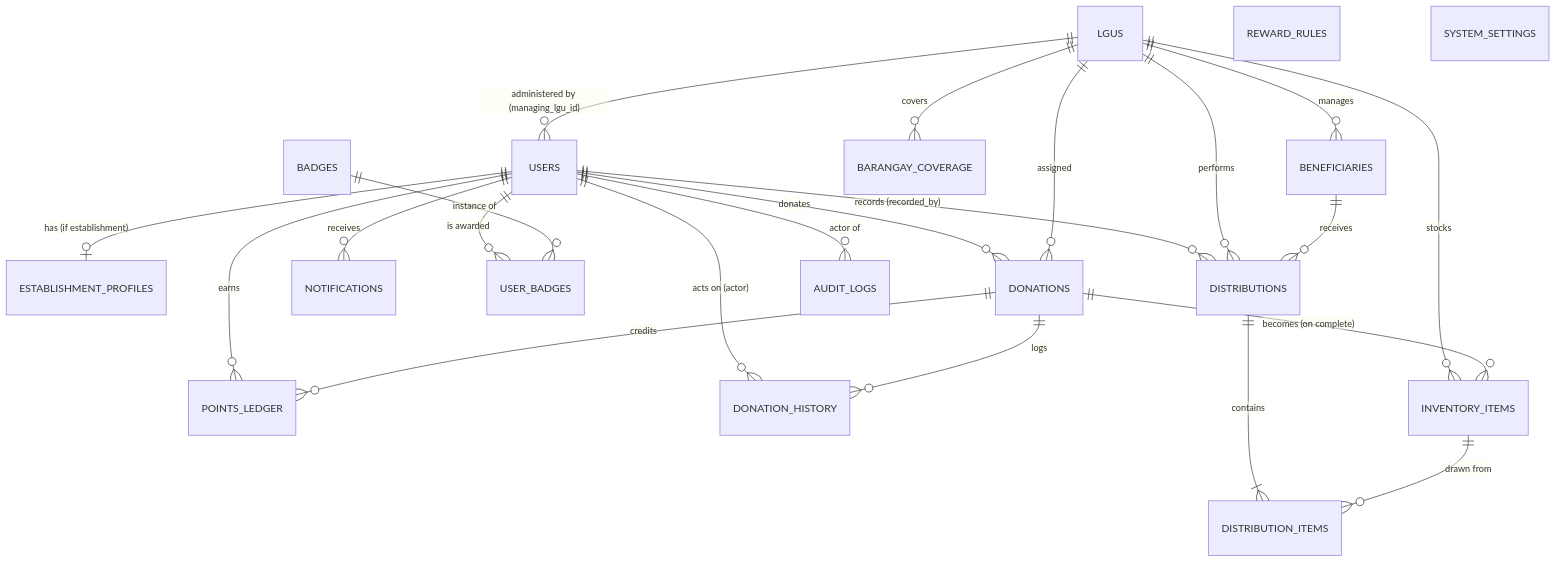
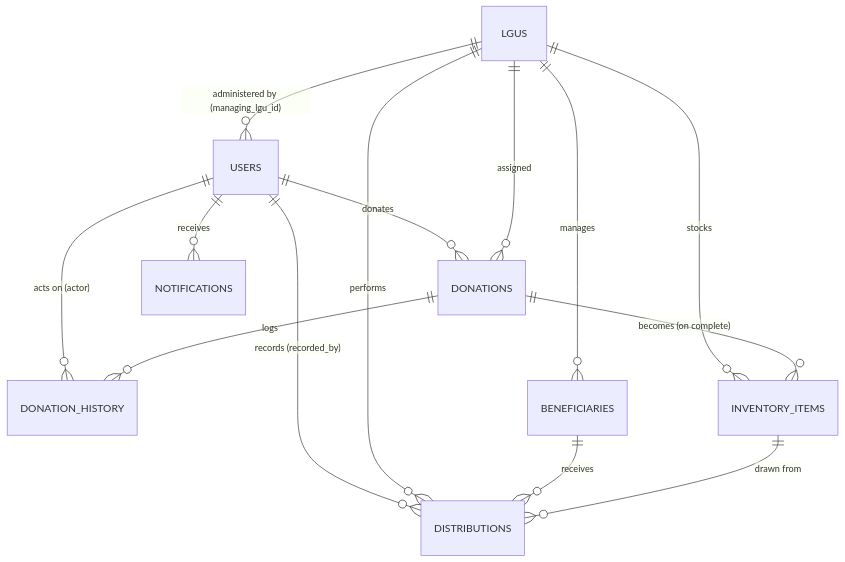
One commit to apotato369550/res-q-bites-backend changed the diagram in ENTITY_RELATIONSHIPS.md. Above: the diagram before and after it, drawn with Mermaid. The commit also changed other lines of this file and 4 other files, not shown here.

````diff
--- a/ENTITY_RELATIONSHIPS.md
+++ b/ENTITY_RELATIONSHIPS.md
@@ -55,31 +51,19 @@
 ```mermaid
 erDiagram
-    USERS ||--o| ESTABLISHMENT_PROFILES : "has (if establishment)"
     USERS ||--o{ DONATIONS : "donates"
     USERS ||--o{ NOTIFICATIONS : "receives"
-    USERS ||--o{ POINTS_LEDGER : "earns"
-    USERS ||--o{ USER_BADGES : "is awarded"
     USERS ||--o{ DONATION_HISTORY : "acts on (actor)"
     USERS ||--o{ DISTRIBUTIONS : "records (recorded_by)"
-    USERS ||--o{ AUDIT_LOGS : "actor of"
     LGUS  ||--o{ USERS : "administered by (managing_lgu_id)"
 
     LGUS ||--o{ DONATIONS : "assigned"
     LGUS ||--o{ INVENTORY_ITEMS : "stocks"
     LGUS ||--o{ BENEFICIARIES : "manages"
     LGUS ||--o{ DISTRIBUTIONS : "performs"
-    LGUS ||--o{ BARANGAY_COVERAGE : "covers"
 
     DONATIONS ||--o{ DONATION_HISTORY : "logs"
     DONATIONS ||--o{ INVENTORY_ITEMS : "becomes (on complete)"
-    DONATIONS ||--o{ POINTS_LEDGER : "credits"
 
     BENEFICIARIES ||--o{ DISTRIBUTIONS : "receives"
-    DISTRIBUTIONS ||--|{ DISTRIBUTION_ITEMS : "contains"
-    INVENTORY_ITEMS ||--o{ DISTRIBUTION_ITEMS : "drawn from"
-
-    BADGES ||--o{ USER_BADGES : "instance of"
-
-    REWARD_RULES
-    SYSTEM_SETTINGS
+    INVENTORY_ITEMS ||--o{ DISTRIBUTIONS : "drawn from"
 ```
````
